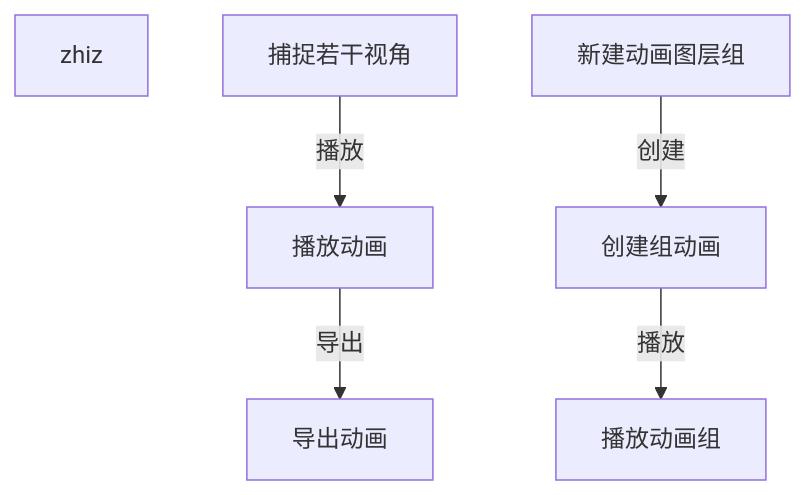
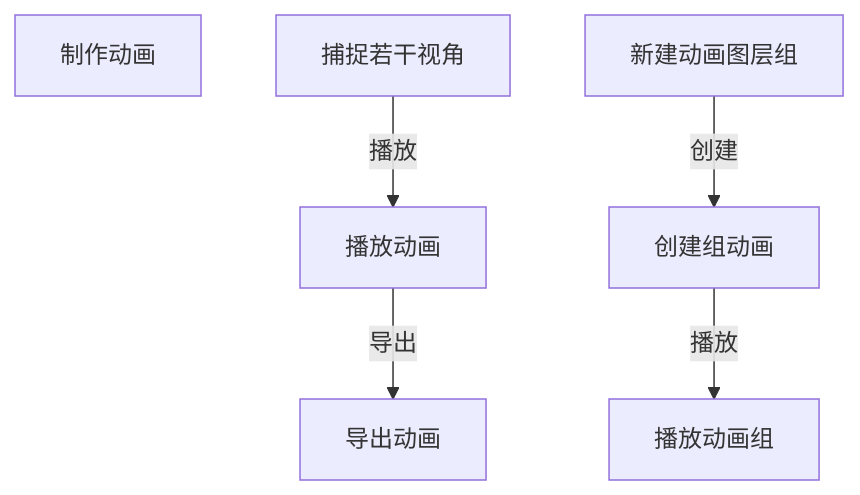
One commit to newguser/iodraw-files changed the diagram in all/未命名.md. Above: the diagram before and after it, drawn with Mermaid.

Commit message:
2025-02-27 22:03:06 update

````diff
--- a/all/未命名.md
+++ b/all/未命名.md
@@ -1,10 +1,10 @@
 ```mermaid
 graph TD
-        A0[zhiz]
+        A0[制作动画]
         A[捕捉若干视角] -->|播放| B[播放动画]
         B -->|导出| C[导出动画]
 
         D[新建动画图层组] -->|创建| E[创建组动画]
         E -->|播放| F[播放动画组]
 
 ```
````
